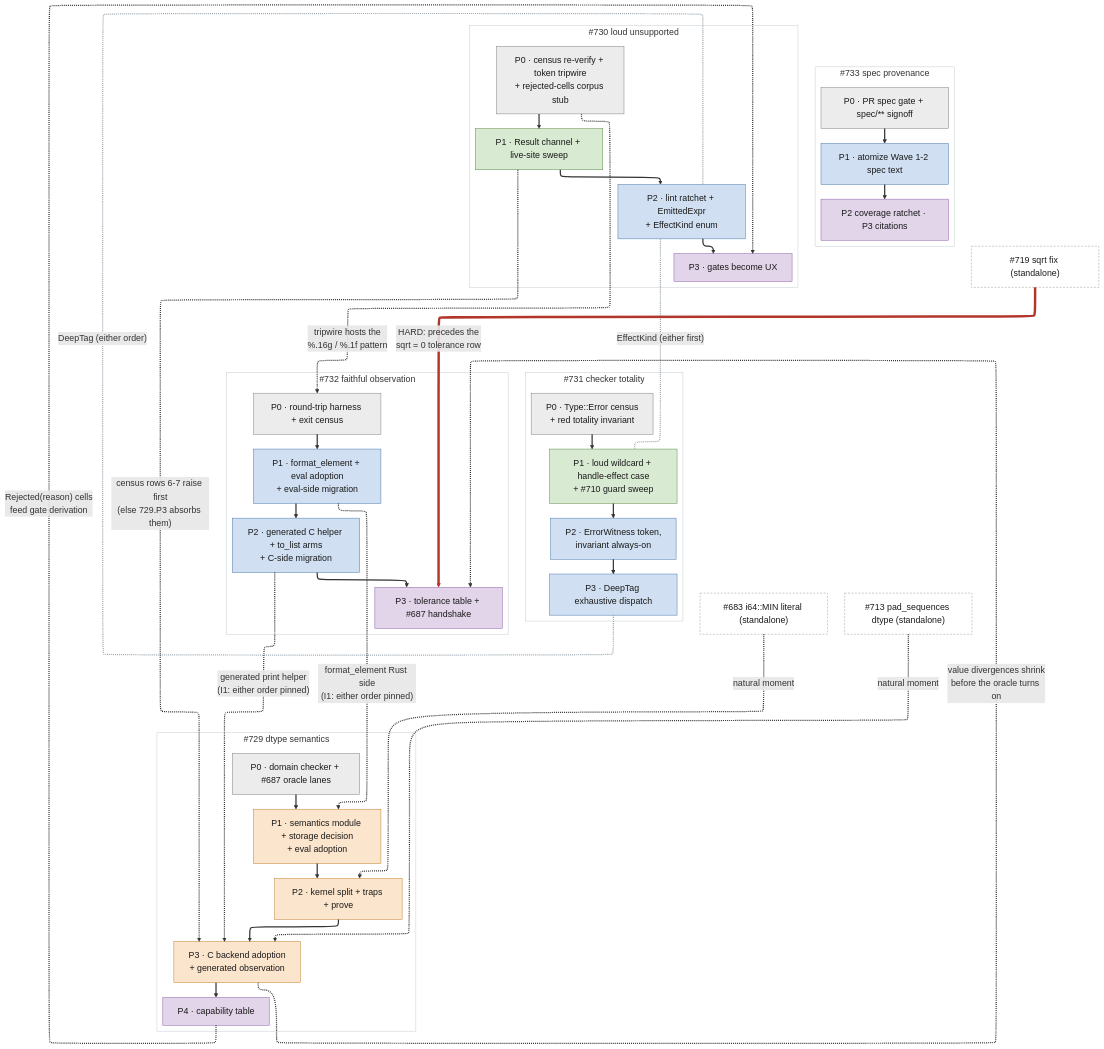
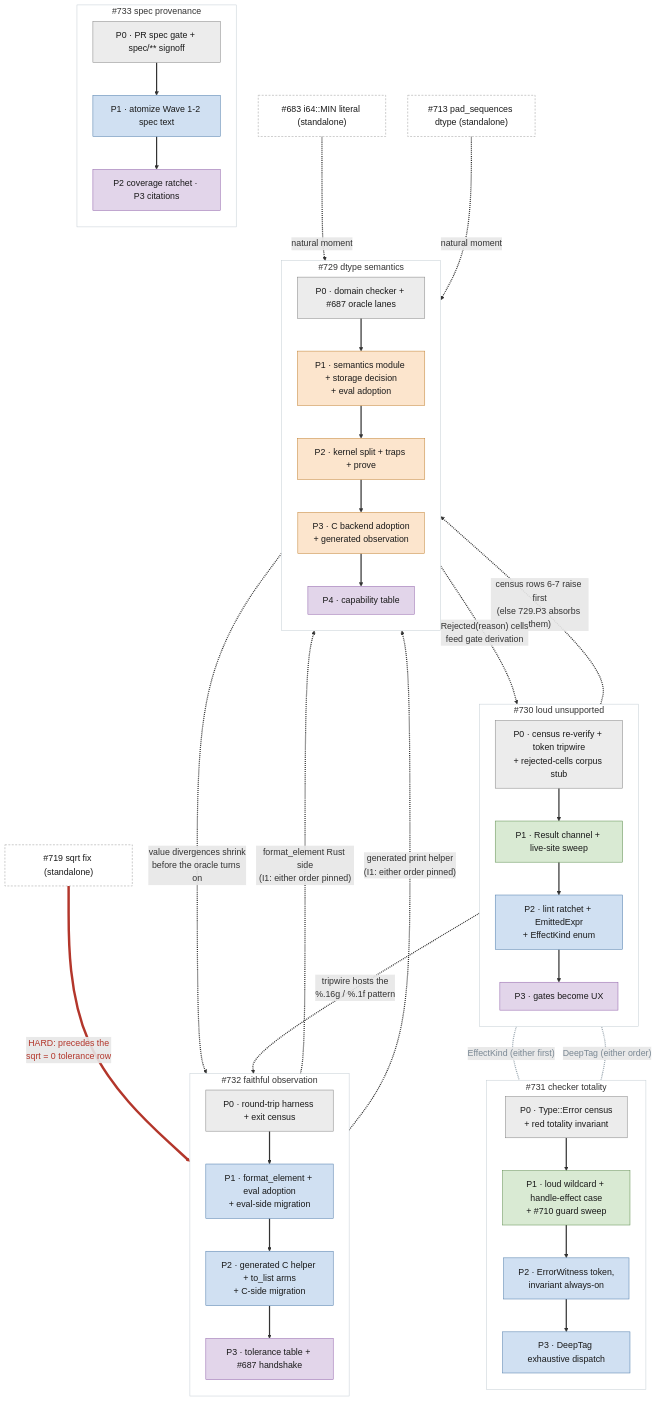
The diagram in spec/design/remediation_roadmap.md (Chelis-Lang/chelis), drawn with Mermaid before and after one commit.

Commit message:
docs(roadmap): DAG back to dagre; tighter rank spacing
elk on GitHub clips cross-cluster edges at the cluster frame (the hard
edge ended mid-air) while still stacking the plan columns; dagre routes
edges to their target nodes. The tall layout is inherent to dagre's
cross-cluster ranking - compensate with tighter node/rank spacing.

Claude-Session: https://claude.ai/code/session_011R597DbPYUwaYSbR4sgyeC

````diff
--- a/spec/design/remediation_roadmap.md
+++ b/spec/design/remediation_roadmap.md
@@ -93,80 +93,80 @@
 ```mermaid
-%%{init: {"themeVariables": {"fontSize": "18px"}, "flowchart": {"defaultRenderer": "elk", "nodeSpacing": 55, "rankSpacing": 65}}}%%
+%%{init: {"themeVariables": {"fontSize": "18px"}, "flowchart": {"nodeSpacing": 45, "rankSpacing": 42}}}%%
 flowchart TB
   classDef w0 fill:#ececec,stroke:#808080,color:#1a1a1a
   classDef w1 fill:#d9ead3,stroke:#5a8a4a,color:#1a1a1a
   classDef w2 fill:#d0e0f2,stroke:#4a78a8,color:#1a1a1a
   classDef w3 fill:#fce5cd,stroke:#c07f2f,color:#1a1a1a
   classDef w4 fill:#e2d5ea,stroke:#8e5ea8,color:#1a1a1a
   classDef ext fill:#ffffff,stroke:#999999,stroke-dasharray:4 3,color:#1a1a1a
 
   subgraph S733["#733 spec provenance"]
     direction TB
     n733p0["P0 · PR spec gate + spec/** signoff"]:::w0
     n733p1["P1 · atomize Wave 1-2 spec text"]:::w2
     n733p23["P2 coverage ratchet · P3 citations"]:::w4
     n733p0 --> n733p1 --> n733p23
   end
 
   subgraph S730["#730 loud unsupported"]
     direction TB
     n730p0["P0 · census re-verify + token tripwire<br/>+ rejected-cells corpus stub"]:::w0
     n730p1["P1 · Result channel + live-site sweep"]:::w1
     n730p2["P2 · lint ratchet + EmittedExpr<br/>+ EffectKind enum"]:::w2
     n730p3["P3 · gates become UX"]:::w4
     n730p0 --> n730p1 --> n730p2 --> n730p3
   end
 
   subgraph S731["#731 checker totality"]
     direction TB
     n731p0["P0 · Type::Error census<br/>+ red totality invariant"]:::w0
     n731p1["P1 · loud wildcard + handle-effect case<br/>+ #710 guard sweep"]:::w1
     n731p2["P2 · ErrorWitness token,<br/>invariant always-on"]:::w2
     n731p3["P3 · DeepTag exhaustive dispatch"]:::w2
     n731p0 --> n731p1 --> n731p2 --> n731p3
   end
 
   subgraph S732["#732 faithful observation"]
     direction TB
     n732p0["P0 · round-trip harness + exit census"]:::w0
     n732p1["P1 · format_element + eval adoption<br/>+ eval-side migration"]:::w2
     n732p2["P2 · generated C helper + to_list arms<br/>+ C-side migration"]:::w2
     n732p3["P3 · tolerance table + #687 handshake"]:::w4
     n732p0 --> n732p1 --> n732p2 --> n732p3
   end
 
   subgraph S729["#729 dtype semantics"]
     direction TB
     n729p0["P0 · domain checker + #687 oracle lanes"]:::w0
     n729p1["P1 · semantics module + storage decision<br/>+ eval adoption"]:::w3
     n729p2["P2 · kernel split + traps + prove"]:::w3
     n729p3["P3 · C backend adoption<br/>+ generated observation"]:::w3
     n729p4["P4 · capability table"]:::w4
     n729p0 --> n729p1 --> n729p2 --> n729p3 --> n729p4
   end
 
   n719["#719 sqrt fix (standalone)"]:::ext
   n683["#683 i64::MIN literal (standalone)"]:::ext
   n713["#713 pad_sequences dtype (standalone)"]:::ext
 
   n730p0 -.->|"tripwire hosts the<br/>%.16g / %.1f pattern"| n732p0
   n730p2 -.-|"EffectKind (either first)"| n731p1
   n731p3 -.-|"DeepTag (either order)"| n730p2
   n730p1 -.->|"census rows 6-7 raise first<br/>(else 729.P3 absorbs them)"| n729p3
   n732p1 -.->|"format_element Rust side<br/>(I1: either order pinned)"| n729p1
   n732p2 -.->|"generated print helper<br/>(I1: either order pinned)"| n729p3
   n729p3 -.->|"value divergences shrink<br/>before the oracle turns on"| n732p3
   n729p4 -.->|"Rejected(reason) cells<br/>feed gate derivation"| n730p3
   n719 ==>|"HARD: precedes the<br/>sqrt = 0 tolerance row"| n732p3
   n683 -.->|"natural moment"| n729p2
   n713 -.->|"natural moment"| n729p3
 
   style S733 fill:#FFFFFF,stroke:#C3CCD3
   style S730 fill:#FFFFFF,stroke:#C3CCD3
   style S731 fill:#FFFFFF,stroke:#C3CCD3
   style S732 fill:#FFFFFF,stroke:#C3CCD3
   style S729 fill:#FFFFFF,stroke:#C3CCD3
   linkStyle default stroke-width:2.5px
   linkStyle 16,17 stroke:#9AA7B0,color:#7A8894,stroke-width:2.5px
   linkStyle 23 stroke:#B3362B,stroke-width:5px,color:#B3362B
 ```
````
